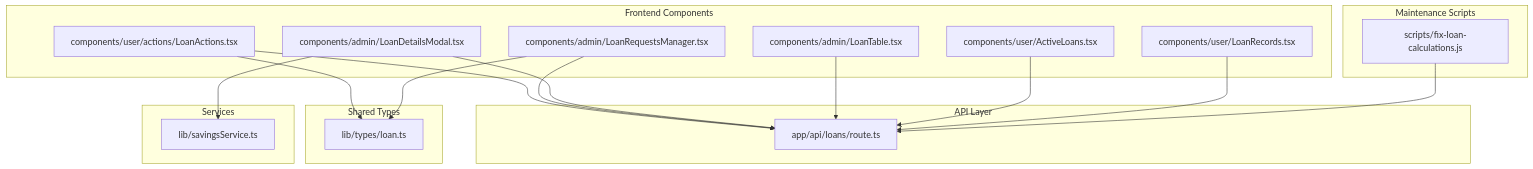
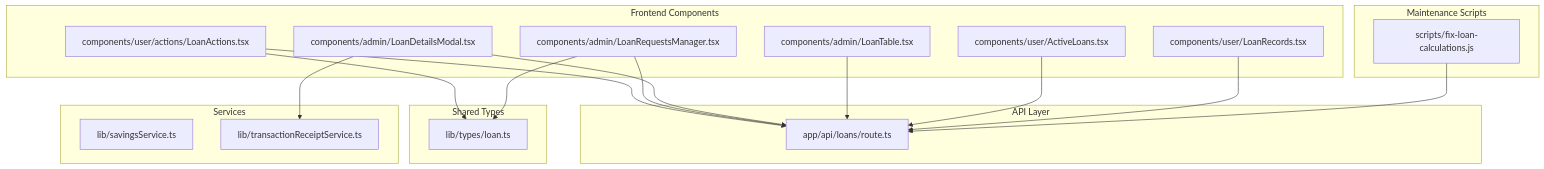
The first of 12 diagrams in .qoder/repowiki/en/content/API Endpoints Reference/Loan Management API.md (Unsure-bry/sampacoop_system), drawn with Mermaid before and after one commit. The commit also changed other lines of this file and 4 other files, not shown here.

````diff
--- a/.qoder/repowiki/en/content/API Endpoints Reference/Loan Management API.md
+++ b/.qoder/repowiki/en/content/API Endpoints Reference/Loan Management API.md
@@ -47,33 +50,34 @@
 ```mermaid
 graph TB
 subgraph "API Layer"
 LoansRoute["app/api/loans/route.ts"]
 end
 subgraph "Frontend Components"
 UserLoanActions["components/user/actions/LoanActions.tsx"]
 AdminLoanDetails["components/admin/LoanDetailsModal.tsx"]
 AdminLoanRequests["components/admin/LoanRequestsManager.tsx"]
 AdminLoanTable["components/admin/LoanTable.tsx"]
 ActiveLoans["components/user/ActiveLoans.tsx"]
 LoanRecords["components/user/LoanRecords.tsx"]
 end
 subgraph "Shared Types"
 LoanTypes["lib/types/loan.ts"]
 end
 subgraph "Services"
 SavingsService["lib/savingsService.ts"]
+ReceiptService["lib/transactionReceiptService.ts"]
 end
 subgraph "Maintenance Scripts"
 FixScript["scripts/fix-loan-calculations.js"]
 end
 UserLoanActions --> LoansRoute
 AdminLoanRequests --> LoansRoute
 AdminLoanDetails --> LoansRoute
 AdminLoanTable --> LoansRoute
 ActiveLoans --> LoansRoute
 LoanRecords --> LoansRoute
-AdminLoanDetails --> SavingsService
+AdminLoanDetails --> ReceiptService
 UserLoanActions --> LoanTypes
 AdminLoanRequests --> LoanTypes
 FixScript --> LoansRoute
 ```
````
